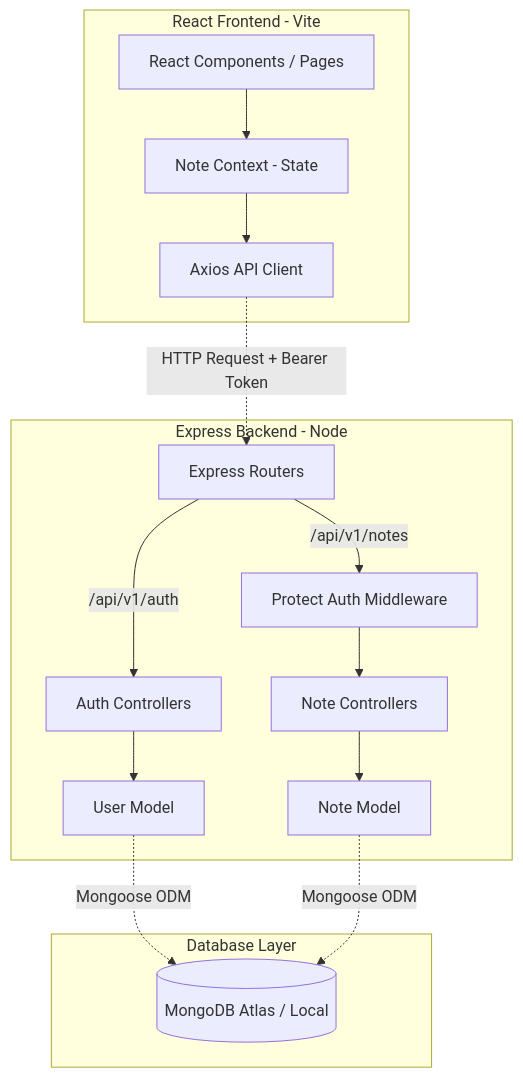
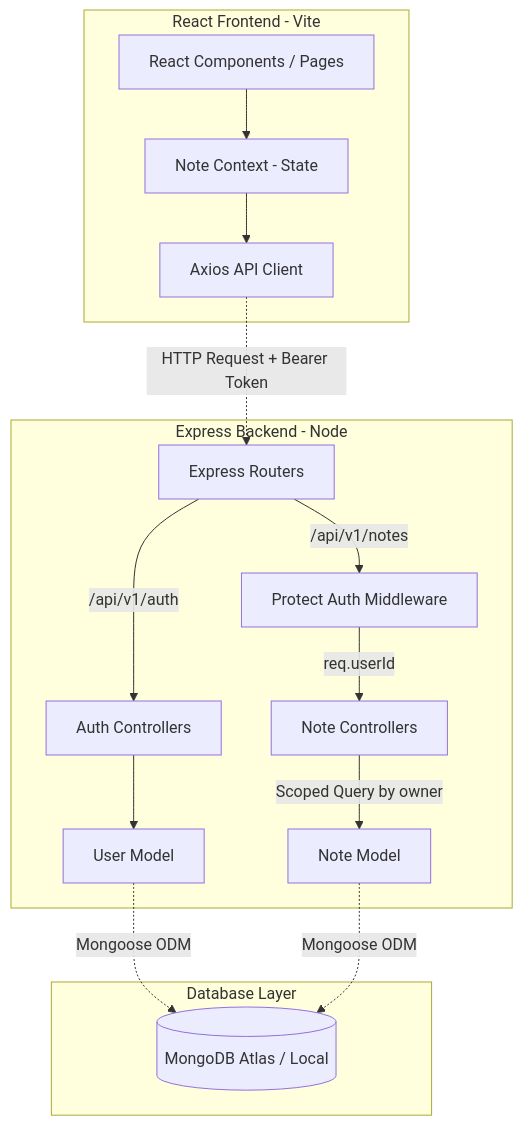
The diagram in README.md (shivamkumartech/NoteNest), drawn with Mermaid before and after one commit. The commit also changed other lines of this file, not shown here.

Commit message:
docs: update README to reflect user-scoped data isolation and environment configuration

````diff
--- a/README.md
+++ b/README.md
@@ -42,32 +43,32 @@
 ```mermaid
 graph TD
     subgraph Frontend [React Frontend - Vite]
         UI[React Components / Pages]
         Ctx[Note Context - State]
         Ax[Axios API Client]
         UI --> Ctx
         Ctx --> Ax
     end
 
     subgraph Backend [Express Backend - Node]
         Router[Express Routers]
         AuthMW[Protect Auth Middleware]
         AuthCtrl[Auth Controllers]
         NoteCtrl[Note Controllers]
         UserModel[User Model]
         NoteModel[Note Model]
 
         Ax -.->|HTTP Request + Bearer Token| Router
         Router -->|/api/v1/auth| AuthCtrl
         Router -->|/api/v1/notes| AuthMW
-        AuthMW --> NoteCtrl
+        AuthMW -->|req.userId| NoteCtrl
         AuthCtrl --> UserModel
-        NoteCtrl --> NoteModel
+        NoteCtrl -->|Scoped Query by owner| NoteModel
     end
 
     subgraph Database [Database Layer]
         MDB[(MongoDB Atlas / Local)]
         UserModel -.->|Mongoose ODM| MDB
         NoteModel -.->|Mongoose ODM| MDB
     end
 ```
````
